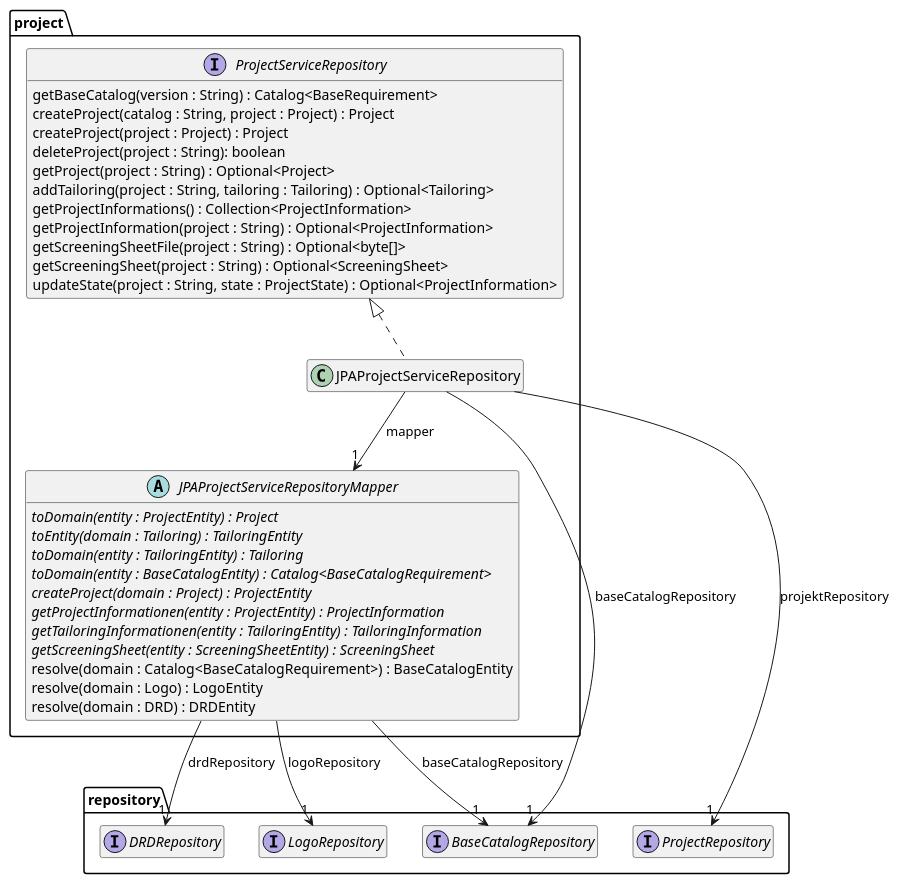
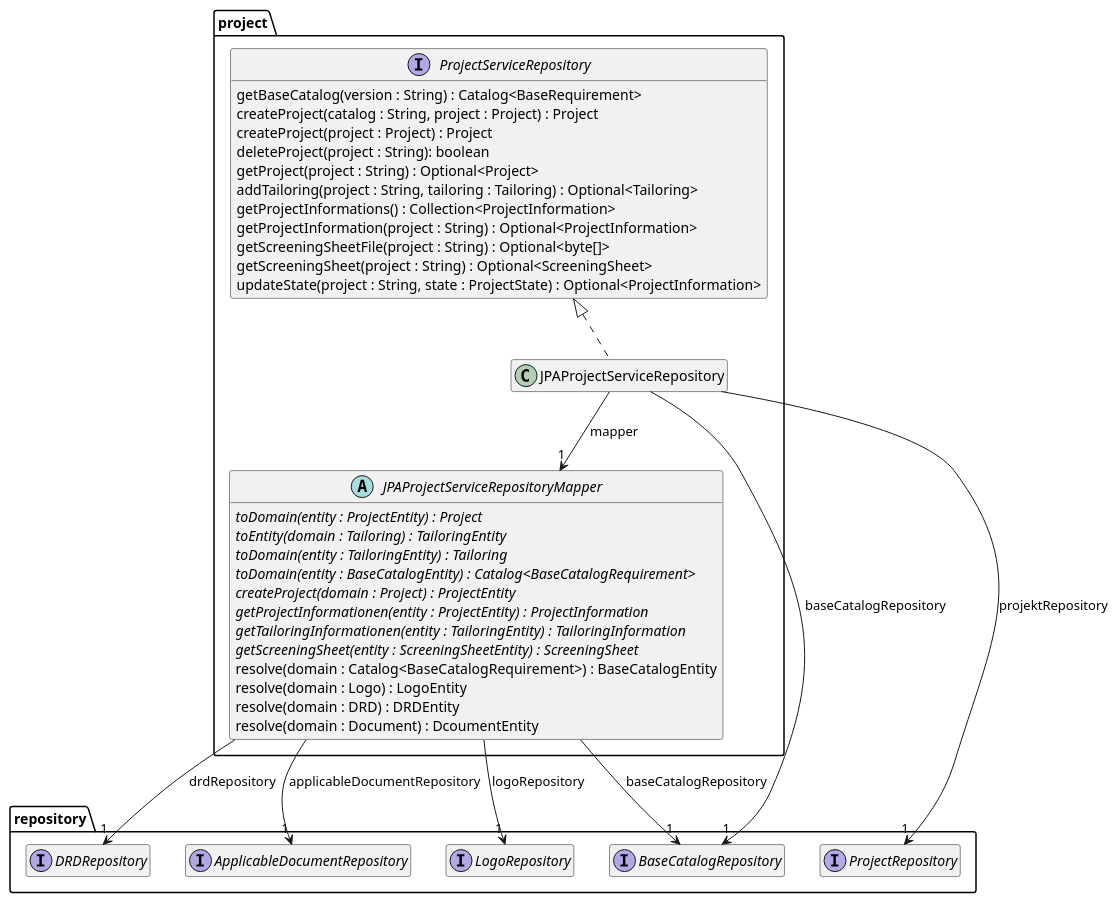
The diagram in src/site/arc42/plantuml/data-jpa/project/Ebene3.plantuml (tailoringexpert/platform), drawn with PlantUML before and after one commit. The commit also changed 96 other files, not shown here.

```diff
--- a/src/site/arc42/plantuml/data-jpa/project/Ebene3.plantuml
+++ b/src/site/arc42/plantuml/data-jpa/project/Ebene3.plantuml
@@ -1,51 +1,54 @@
 @startuml Ebene3.png
 hide empty members
 
 package repository {
     interface BaseCatalogRepository
     interface LogoRepository
     interface ProjectRepository
     interface DRDRepository
+    interface ApplicableDocumentRepository
 }
 package project {
 
     interface ProjectServiceRepository {
         getBaseCatalog(version : String) : Catalog<BaseRequirement>
         createProject(catalog : String, project : Project) : Project
         createProject(project : Project) : Project
         deleteProject(project : String): boolean
         getProject(project : String) : Optional<Project>
         addTailoring(project : String, tailoring : Tailoring) : Optional<Tailoring>
         getProjectInformations() : Collection<ProjectInformation>
         getProjectInformation(project : String) : Optional<ProjectInformation>
         getScreeningSheetFile(project : String) : Optional<byte[]>
         getScreeningSheet(project : String) : Optional<ScreeningSheet>
         updateState(project : String, state : ProjectState) : Optional<ProjectInformation>
     }
 
     abstract class JPAProjectServiceRepositoryMapper {
         {abstract} toDomain(entity : ProjectEntity) : Project
         {abstract} toEntity(domain : Tailoring) : TailoringEntity
         {abstract} toDomain(entity : TailoringEntity) : Tailoring
         {abstract} toDomain(entity : BaseCatalogEntity) : Catalog<BaseCatalogRequirement>
         {abstract} createProject(domain : Project) : ProjectEntity
         {abstract} getProjectInformationen(entity : ProjectEntity) : ProjectInformation
         {abstract} getTailoringInformationen(entity : TailoringEntity) : TailoringInformation
         {abstract} getScreeningSheet(entity : ScreeningSheetEntity) : ScreeningSheet
         resolve(domain : Catalog<BaseCatalogRequirement>) : BaseCatalogEntity
         resolve(domain : Logo) : LogoEntity
         resolve(domain : DRD) : DRDEntity
+        resolve(domain : Document) : DcoumentEntity
     }
     JPAProjectServiceRepositoryMapper --> "1" LogoRepository : logoRepository
     JPAProjectServiceRepositoryMapper --> "1" BaseCatalogRepository : baseCatalogRepository
     JPAProjectServiceRepositoryMapper --> "1" DRDRepository : drdRepository
+    JPAProjectServiceRepositoryMapper --> "1" ApplicableDocumentRepository : applicableDocumentRepository
 
     class JPAProjectServiceRepository {
     }
     ProjectServiceRepository <|.. JPAProjectServiceRepository
     JPAProjectServiceRepository --> "1" JPAProjectServiceRepositoryMapper : mapper
     JPAProjectServiceRepository --> "1" ProjectRepository : projektRepository
     JPAProjectServiceRepository --> "1" BaseCatalogRepository : baseCatalogRepository
 
 }
 @enduml
```
